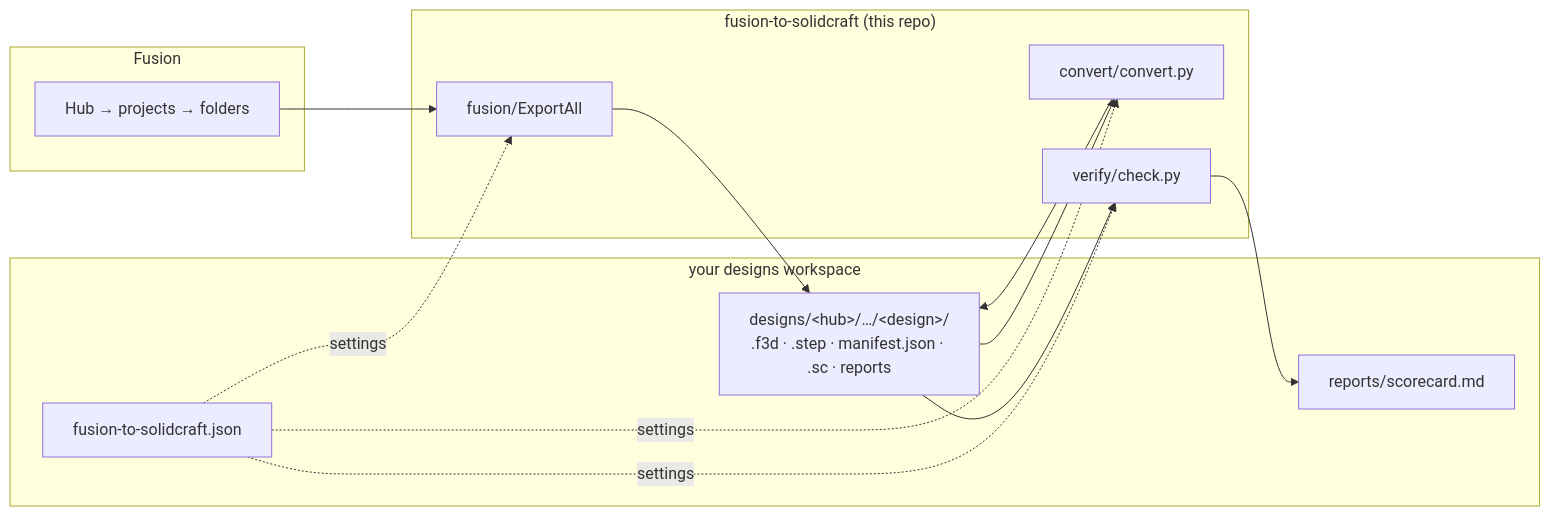
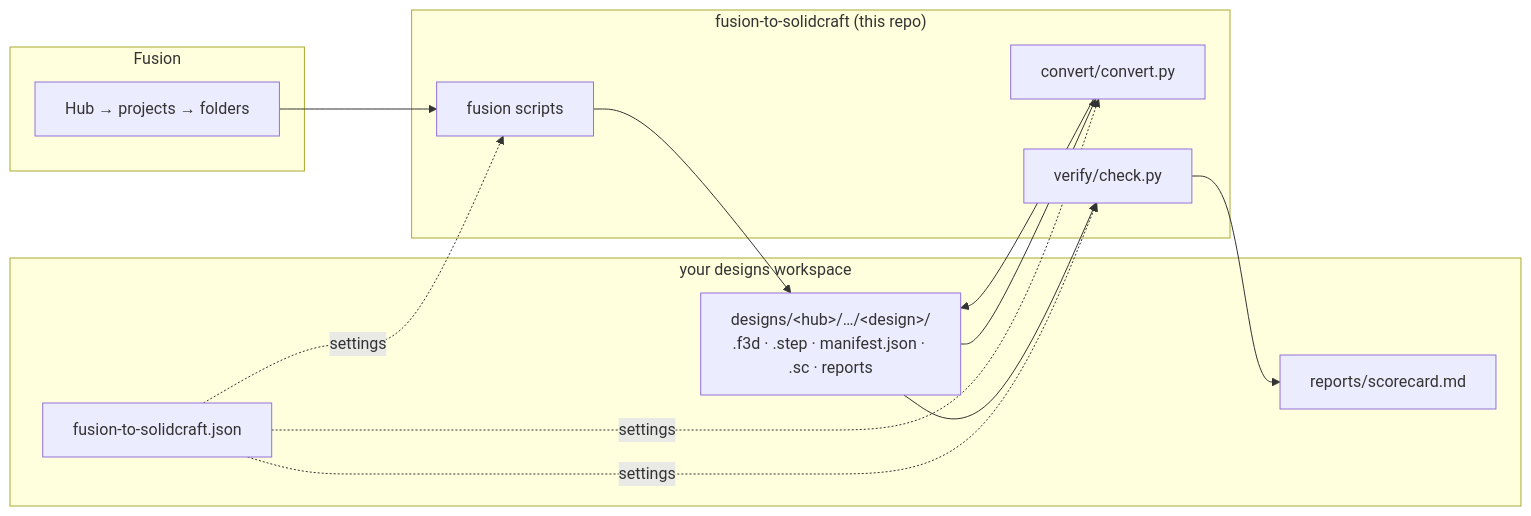
One commit to declanshanaghy/fusion-to-solidcraft changed the diagram in README.md. Above: the diagram before and after it, drawn with Mermaid. The commit also changed other lines of this file and 15 other files, not shown here.

````diff
--- a/README.md
+++ b/README.md
@@ -12,20 +12,20 @@
 ```mermaid
 flowchart LR
   subgraph Fusion
     F[Hub → projects → folders]
   end
   subgraph tools["fusion-to-solidcraft (this repo)"]
-    E[fusion/ExportAll]
+    E[fusion scripts]
     C[convert/convert.py]
     V[verify/check.py]
   end
   subgraph ws["your designs workspace"]
     M[fusion-to-solidcraft.json]
     D["designs/&lt;hub&gt;/…/&lt;design&gt;/<br/>.f3d · .step · manifest.json · .sc · reports"]
     R[reports/scorecard.md]
   end
   F --> E --> D
   M -.settings.-> E & C & V
   D --> C --> D
   D --> V --> R
 ```
````
